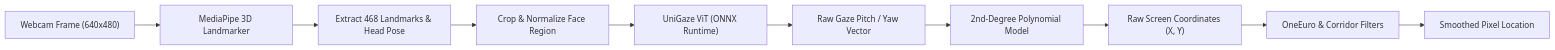
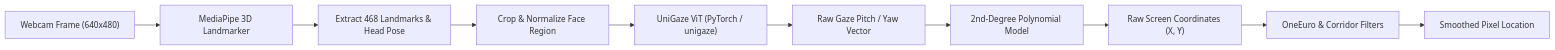
Before and after one commit to momonong/LiteGaze: the second of 9 diagrams in PROJECT_OVERVIEW.md, drawn with Mermaid. The commit also changed other lines of this file and 13 other files, not shown here.

````diff
--- a/PROJECT_OVERVIEW.md
+++ b/PROJECT_OVERVIEW.md
@@ -144,12 +144,12 @@
 ```mermaid
 flowchart LR
     A["Webcam Frame (640x480)"] --> B["MediaPipe 3D Landmarker"]
     B --> C["Extract 468 Landmarks & Head Pose"]
     C --> D["Crop & Normalize Face Region"]
-    D --> E["UniGaze ViT (ONNX Runtime)"]
+    D --> E["UniGaze ViT (PyTorch / unigaze)"]
     E --> F["Raw Gaze Pitch / Yaw Vector"]
     F --> G["2nd-Degree Polynomial Model"]
     G --> H["Raw Screen Coordinates (X, Y)"]
     H --> I["OneEuro & Corridor Filters"]
     I --> J["Smoothed Pixel Location"]
 ```
````
